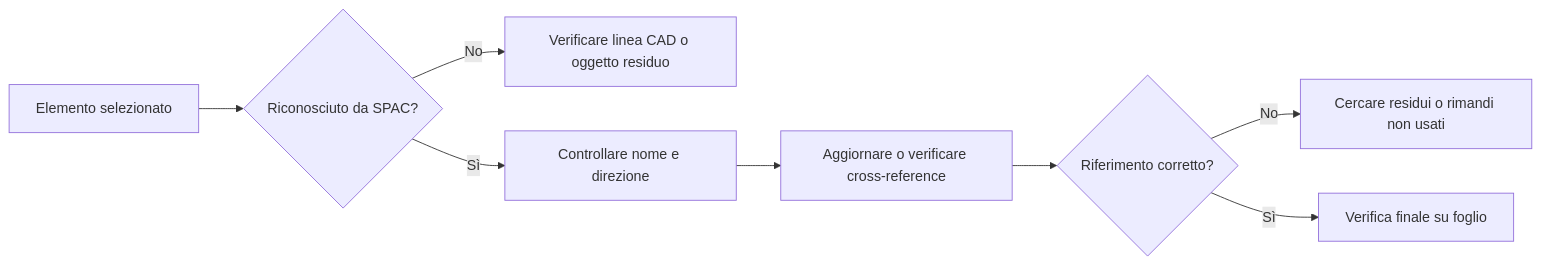
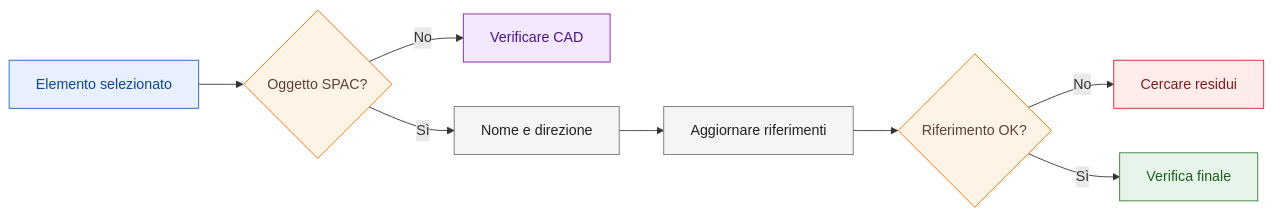
One commit to robertochello/spac-start-knowledge-base changed the diagram in docs/06-cross-references-terminals.md. Above: the diagram before and after it, drawn with Mermaid. The commit also changed other lines of this file and 27 other files, not shown here.

Commit message:
docs: standardize diagrams and visual cues

````diff
--- a/docs/06-cross-references-terminals.md
+++ b/docs/06-cross-references-terminals.md
@@ -52,10 +52,17 @@
 ```mermaid
 flowchart LR
-    A[Elemento selezionato] --> B{Riconosciuto da SPAC?}
-    B -->|No| C[Verificare linea CAD o oggetto residuo]
-    B -->|Sì| D[Controllare nome e direzione]
-    D --> E[Aggiornare o verificare cross-reference]
-    E --> F{Riferimento corretto?}
-    F -->|No| G[Cercare residui o rimandi non usati]
-    F -->|Sì| H[Verifica finale su foglio]
+    A[Elemento selezionato]:::info --> B{Oggetto SPAC?}:::warn
+    B -->|No| C[Verificare CAD]:::todo
+    B -->|Sì| D[Nome e direzione]:::process
+    D --> E[Aggiornare riferimenti]:::process
+    E --> F{Riferimento OK?}:::warn
+    F -->|No| G[Cercare residui]:::danger
+    F -->|Sì| H[Verifica finale]:::ok
+
+    classDef ok fill:#e6f4ea,stroke:#2e7d32,color:#1b5e20;
+    classDef warn fill:#fff4e5,stroke:#ef6c00,color:#5d4037;
+    classDef danger fill:#fdecea,stroke:#c62828,color:#7f1d1d;
+    classDef info fill:#e8f0fe,stroke:#1565c0,color:#0d47a1;
+    classDef todo fill:#f3e8ff,stroke:#7b1fa2,color:#4a148c;
+    classDef process fill:#f5f5f5,stroke:#757575,color:#212121;
 ```
````
